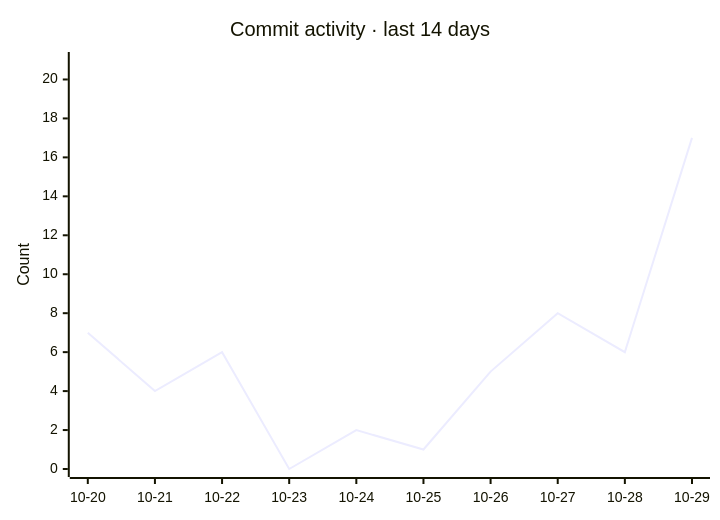
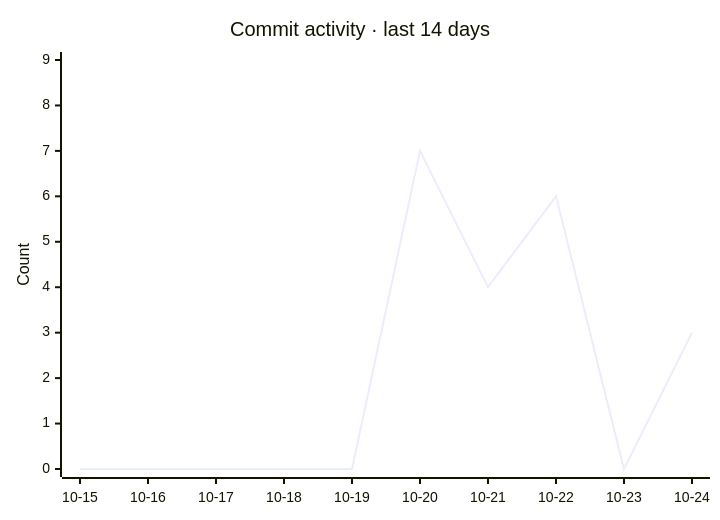
Before and after one commit to razzaqinspires/whiskay-bot: the second of 2 diagrams in README.md, drawn with Mermaid. The commit also changed other lines of this file and 17 other files, not shown here.

````diff
--- a/README.md
+++ b/README.md
@@ -322,7 +322,7 @@
 ```mermaid
 xychart-beta
     title "Commit activity · last 14 days"
-    x-axis ["10-20", "10-21", "10-22", "10-23", "10-24", "10-25", "10-26", "10-27", "10-28", "10-29"]
-    y-axis "Count" 0 --> 21
-    line [7, 4, 6, 0, 2, 1, 5, 8, 6, 17]
+    x-axis ["10-15", "10-16", "10-17", "10-18", "10-19", "10-20", "10-21", "10-22", "10-23", "10-24"]
+    y-axis "Count" 0 --> 9
+    line [0, 0, 0, 0, 0, 7, 4, 6, 0, 3]
 ```
````
